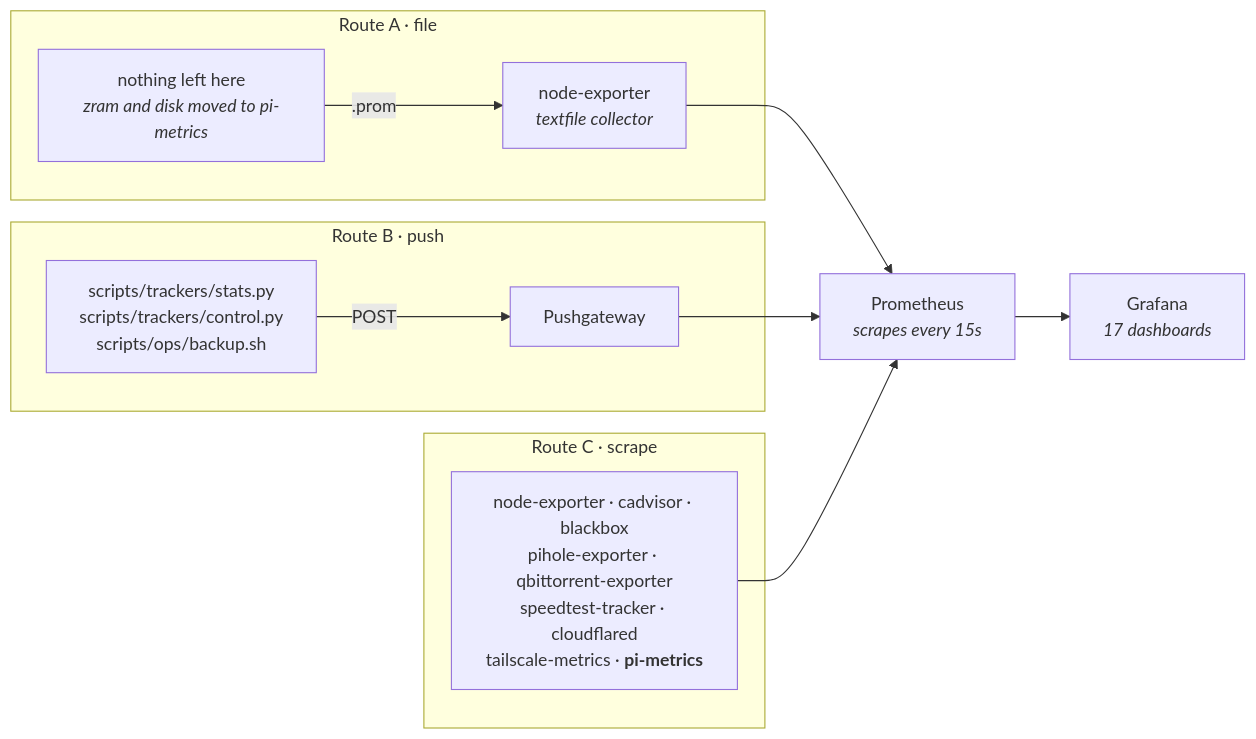
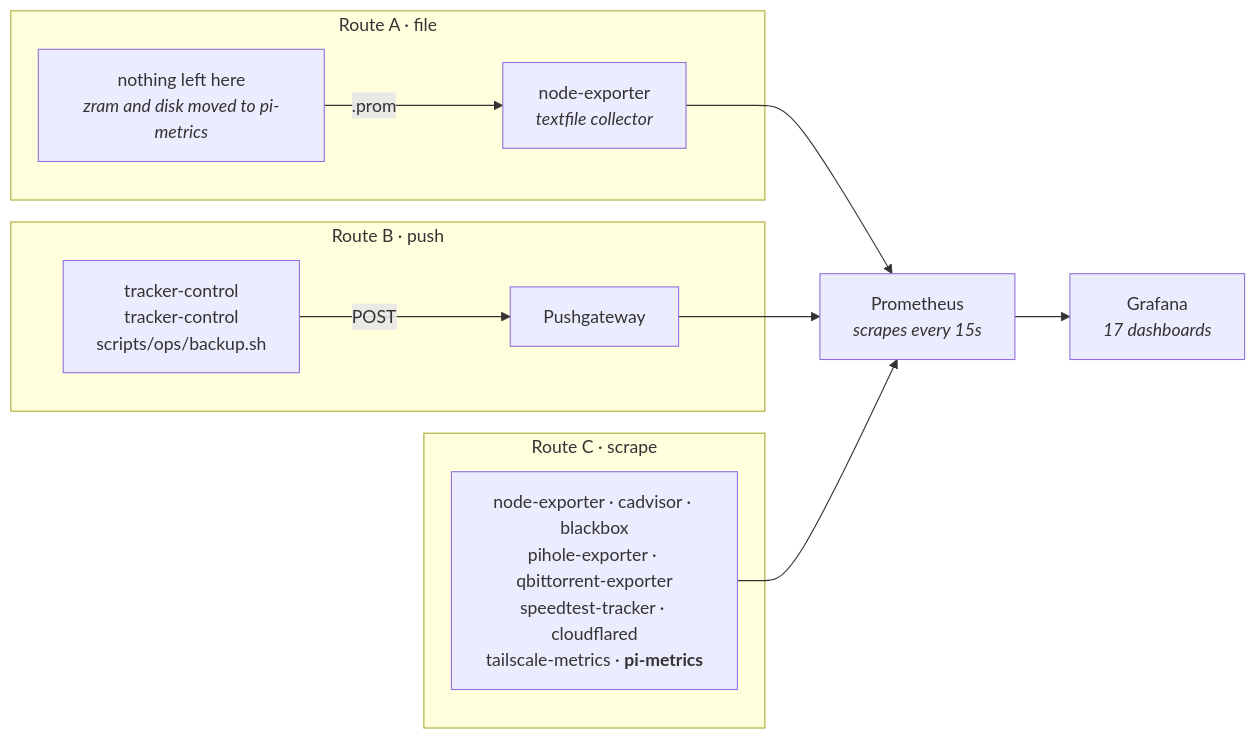
Before and after one commit to PlatanosVerdes/rpi-homeserver: the sixth of 8 diagrams in docs/architecture.md, drawn with Mermaid. The commit also changed other lines of this file and 21 other files, not shown here.

````diff
--- a/docs/architecture.md
+++ b/docs/architecture.md
@@ -264,16 +264,16 @@
 ```mermaid
 flowchart LR
   subgraph A["Route A · file"]
     S1["nothing left here<br/><i>zram and disk moved to pi-metrics</i>"] -->|.prom| NE["node-exporter<br/><i>textfile collector</i>"]
   end
   subgraph B["Route B · push"]
-    S2["scripts/trackers/stats.py<br/>scripts/trackers/control.py<br/>scripts/ops/backup.sh"] -->|POST| PG["Pushgateway"]
+    S2["tracker-control<br/>tracker-control<br/>scripts/ops/backup.sh"] -->|POST| PG["Pushgateway"]
   end
   subgraph C["Route C · scrape"]
     EX["node-exporter · cadvisor · blackbox<br/>pihole-exporter · qbittorrent-exporter<br/>speedtest-tracker · cloudflared<br/>tailscale-metrics · <b>pi-metrics</b>"]
   end
   NE --> PROM
   PG --> PROM
   EX --> PROM
   PROM["Prometheus<br/><i>scrapes every 15s</i>"] --> GR["Grafana<br/><i>17 dashboards</i>"]
 ```
````
